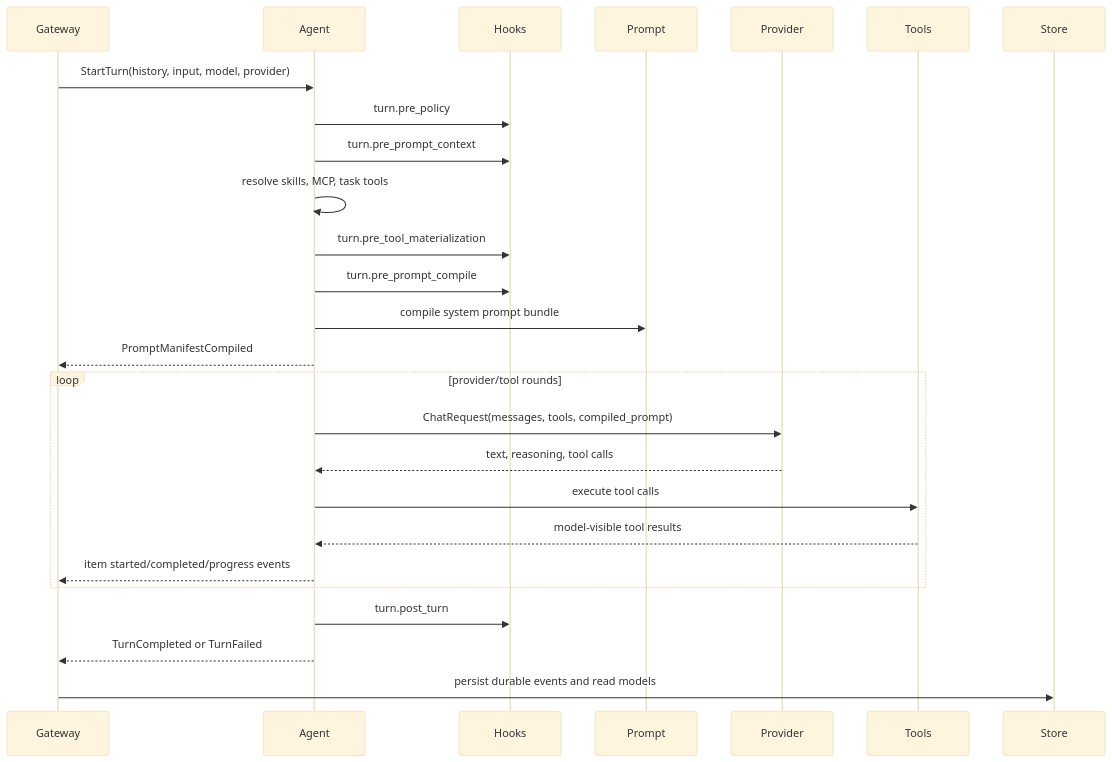
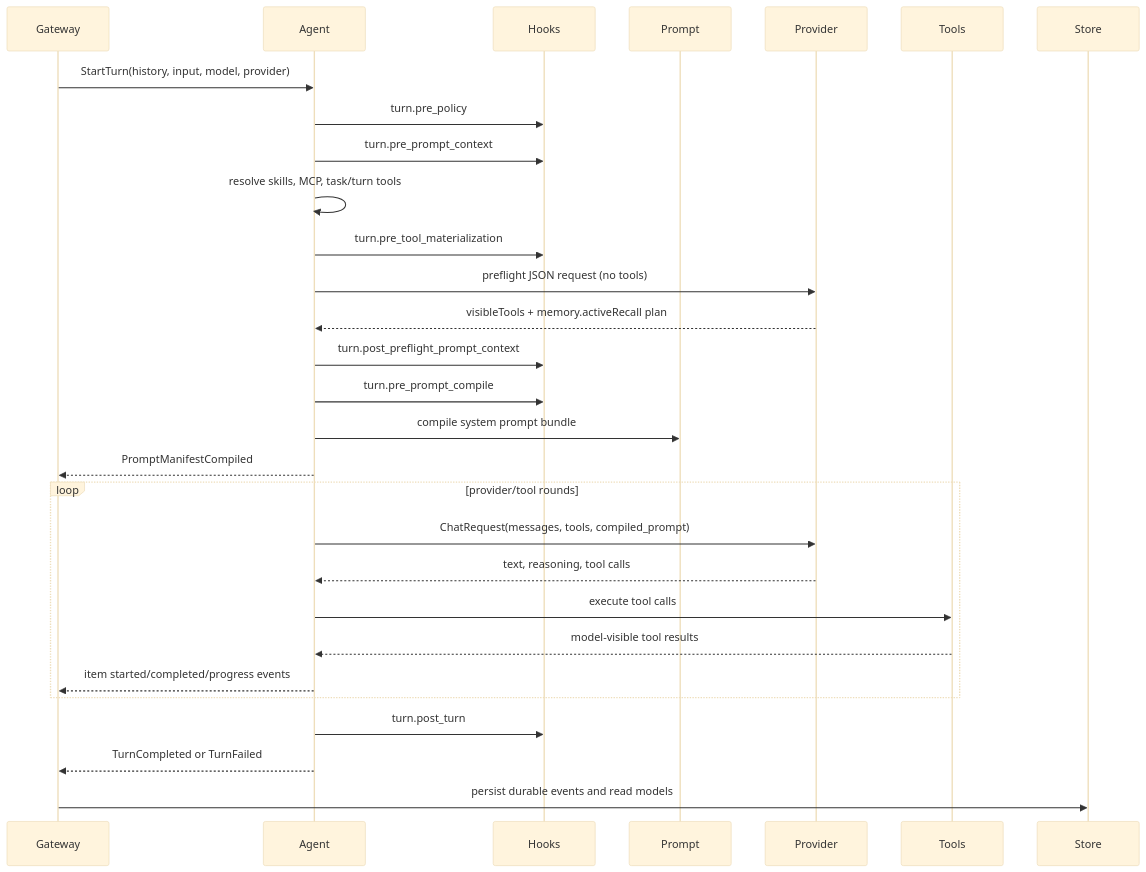
The diagram in architecture/agent-loop.mdx (pioneerdotai/docs), drawn with Mermaid (base theme) before and after one commit. The commit also changed other lines of this file and 34 other files, not shown here.

````diff
--- a/architecture/agent-loop.mdx
+++ b/architecture/agent-loop.mdx
@@ -45,29 +45,32 @@
 ```mermaid
 sequenceDiagram
   participant Gateway
   participant Agent
   participant Hooks
   participant Prompt
   participant Provider
   participant Tools
   participant Store
 
   Gateway->>Agent: StartTurn(history, input, model, provider)
   Agent->>Hooks: turn.pre_policy
   Agent->>Hooks: turn.pre_prompt_context
-  Agent->>Agent: resolve skills, MCP, task tools
+  Agent->>Agent: resolve skills, MCP, task/turn tools
   Agent->>Hooks: turn.pre_tool_materialization
+  Agent->>Provider: preflight JSON request (no tools)
+  Provider-->>Agent: visibleTools + memory.activeRecall plan
+  Agent->>Hooks: turn.post_preflight_prompt_context
   Agent->>Hooks: turn.pre_prompt_compile
   Agent->>Prompt: compile system prompt bundle
   Agent-->>Gateway: PromptManifestCompiled
   loop provider/tool rounds
     Agent->>Provider: ChatRequest(messages, tools, compiled_prompt)
     Provider-->>Agent: text, reasoning, tool calls
     Agent->>Tools: execute tool calls
     Tools-->>Agent: model-visible tool results
     Agent-->>Gateway: item started/completed/progress events
   end
   Agent->>Hooks: turn.post_turn
   Agent-->>Gateway: TurnCompleted or TurnFailed
   Gateway->>Store: persist durable events and read models
 ```
````
